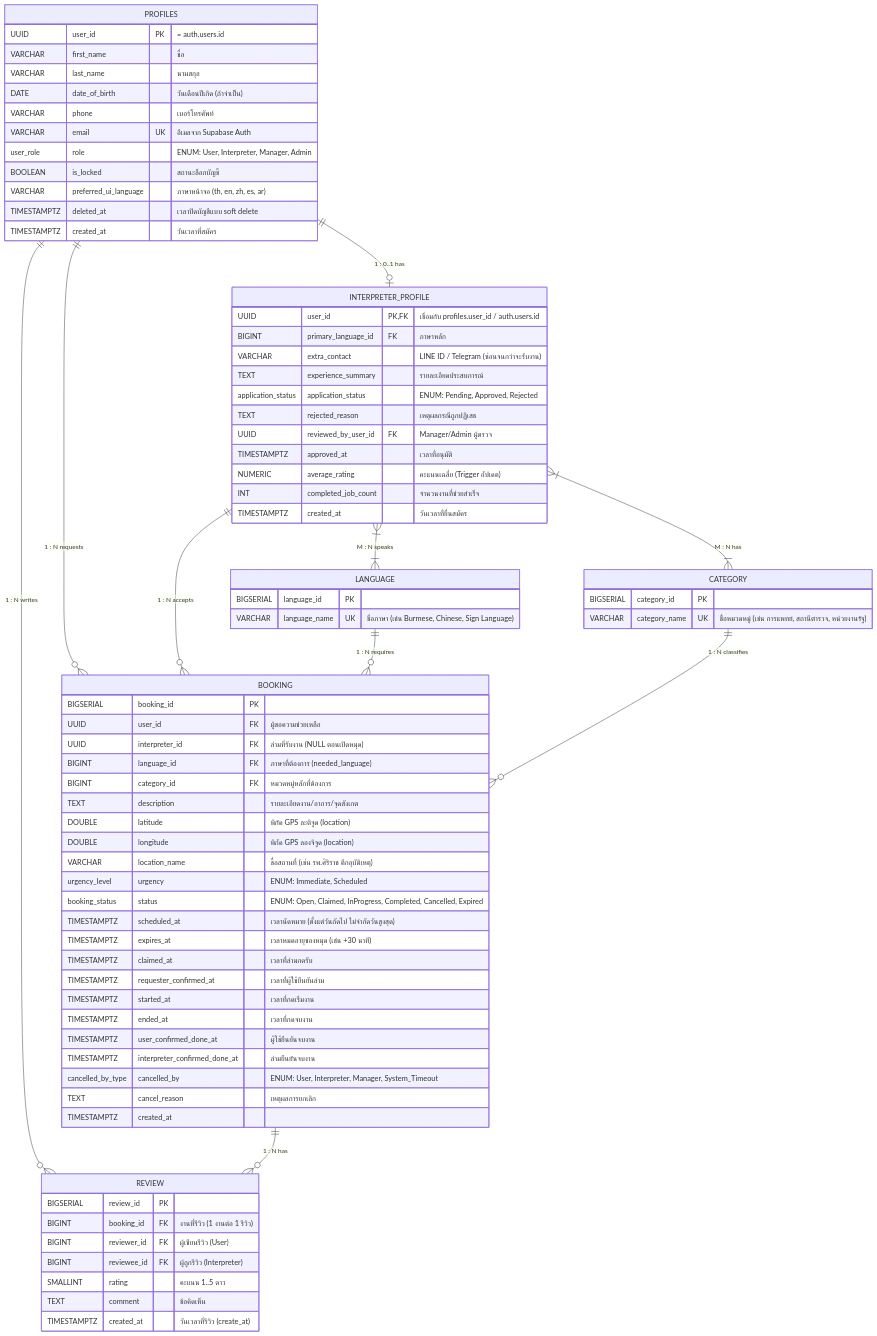
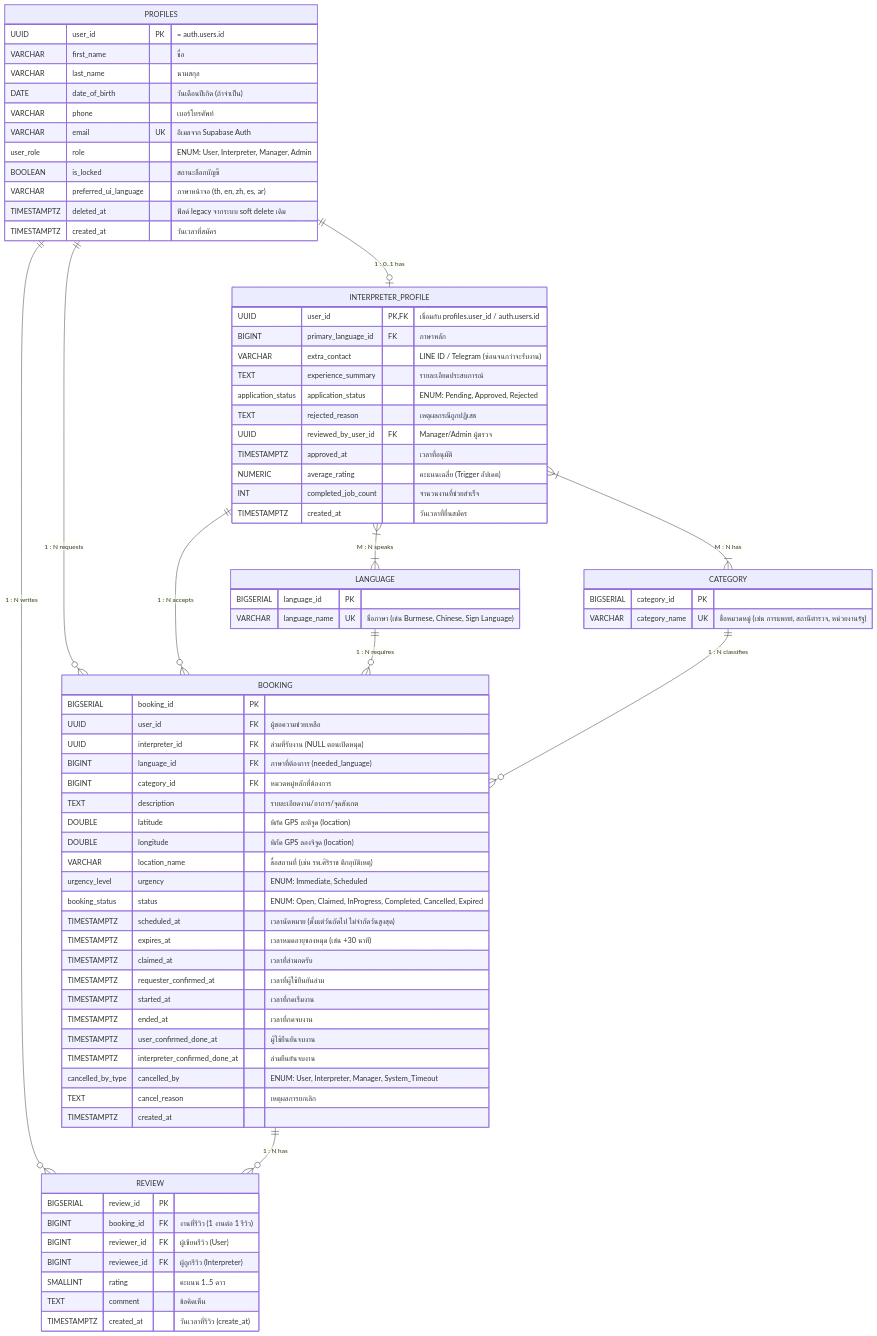
The second of 3 diagrams in detail.md (OnisawanO/khvi-helper), drawn with Mermaid before and after one commit. The commit also changed other lines of this file and 12 other files, not shown here.

```diff
--- a/detail.md
+++ b/detail.md
@@ -245,7 +245,7 @@
         user_role role "ENUM: User, Interpreter, Manager, Admin"
         BOOLEAN is_locked "สถานะล็อกบัญชี"
         VARCHAR preferred_ui_language "ภาษาหน้าจอ (th, en, zh, es, ar)"
-        TIMESTAMPTZ deleted_at "เวลาปิดบัญชีแบบ soft delete"
+        TIMESTAMPTZ deleted_at "ฟิลด์ legacy จากระบบ soft delete เดิม"
         TIMESTAMPTZ created_at "วันเวลาที่สมัคร"
     }
 
```
